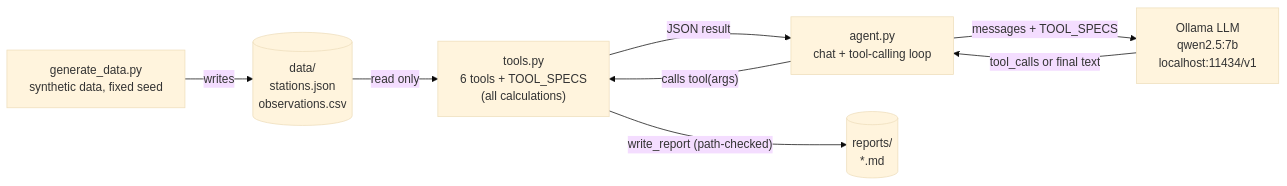
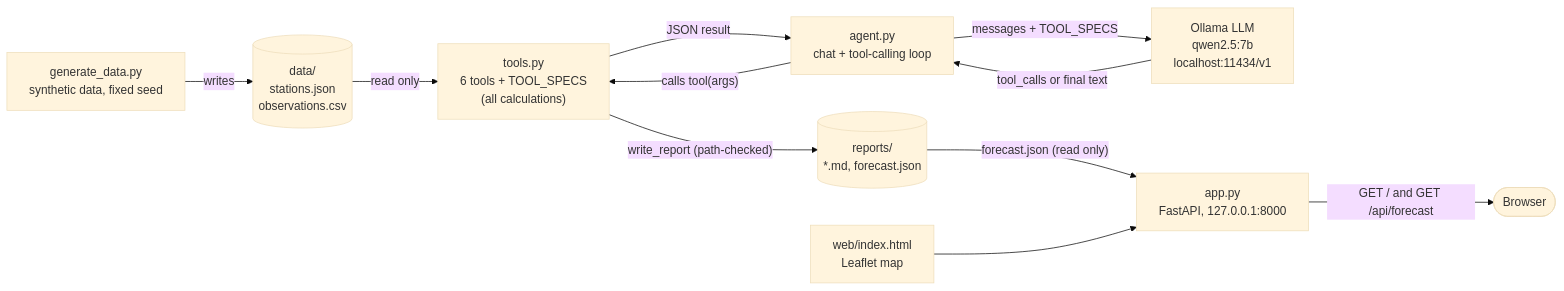
One commit to nil9/weather-agent changed the diagram in README.md. Above: the diagram before and after it, drawn with Mermaid (base theme). The commit also changed other lines of this file and 11 other files, not shown here.

````diff
--- a/README.md
+++ b/README.md
@@ -51,17 +64,23 @@
 ```mermaid
 flowchart LR
     gen["generate_data.py<br/>synthetic data, fixed seed"]
     data[("data/<br/>stations.json<br/>observations.csv")]
     tools["tools.py<br/>6 tools + TOOL_SPECS<br/>(all calculations)"]
     agent["agent.py<br/>chat + tool-calling loop"]
     llm["Ollama LLM<br/>qwen2.5:7b<br/>localhost:11434/v1"]
-    reports[("reports/<br/>*.md")]
+    reports[("reports/<br/>*.md, forecast.json")]
+    app["app.py<br/>FastAPI, 127.0.0.1:8000"]
+    web["web/index.html<br/>Leaflet map"]
+    browser(["Browser"])
 
     gen -->|writes| data
     data -->|read only| tools
     agent -->|"calls tool(args)"| tools
     tools -->|JSON result| agent
     agent -->|"messages + TOOL_SPECS"| llm
     llm -->|"tool_calls or final text"| agent
     tools -->|"write_report (path-checked)"| reports
+    reports -->|"forecast.json (read only)"| app
+    web --> app
+    app -->|"GET / and GET /api/forecast"| browser
 ```
````
